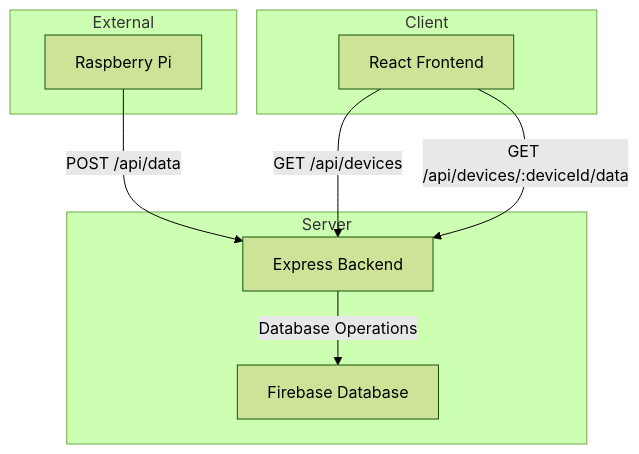
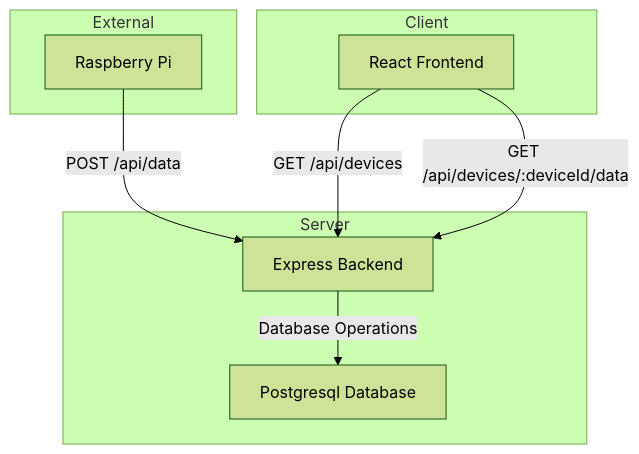
The diagram in server_and_client_Cassandra/readme.md (bobolle/The-G2-Project), drawn with Mermaid (forest theme) before and after one commit.

````diff
--- a/server_and_client_Cassandra/readme.md
+++ b/server_and_client_Cassandra/readme.md
@@ -5,21 +5,21 @@
 ```mermaid
 graph TD
     subgraph Client
         A[React Frontend]
     end
 
     subgraph Server
         B[Express Backend]
-        C[Firebase Database]
+        C[Postgresql Database]
     end
 
     subgraph External
         E[Raspberry Pi]
     end
 
     E -->|POST /api/data| B
     A -->|GET /api/devices| B
     A -->|GET /api/devices/:deviceId/data| B
 
     B -->|Database Operations| C
 ```
````
